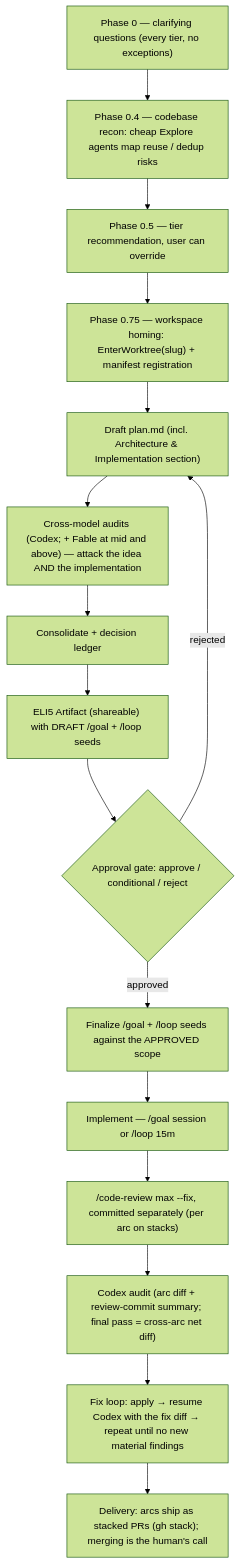
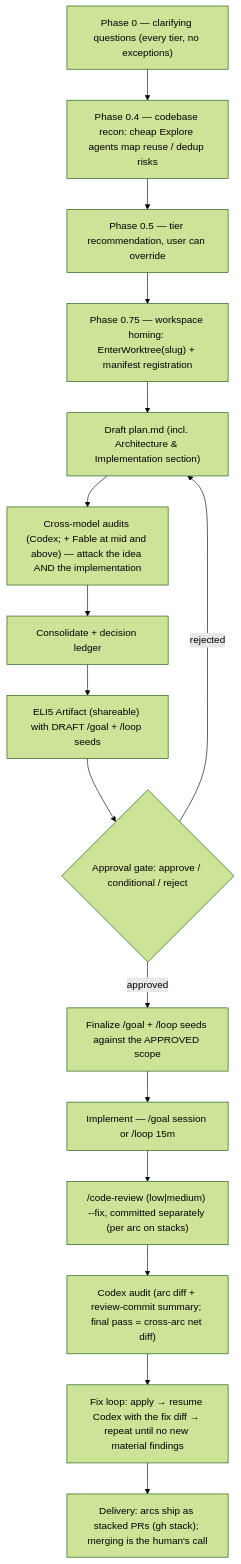
The diagram in skills/blueprint/README.md (alejoamiras/aa-skills), drawn with Mermaid (forest theme) before and after one commit. The commit also changed other lines of this file and 1 other file, not shown here.

First line of the commit message:
perf(blueprint): cost controls — recon 1-3 agents, /code-review sized to diff (never max by default)

````diff
--- a/skills/blueprint/README.md
+++ b/skills/blueprint/README.md
@@ -19,18 +19,18 @@
 ```mermaid
 flowchart TD
     Q["Phase 0 — clarifying questions (every tier, no exceptions)"] --> RC["Phase 0.4 — codebase recon: cheap Explore agents map reuse / dedup risks"]
     RC --> R["Phase 0.5 — tier recommendation, user can override"]
     R --> W["Phase 0.75 — workspace homing: EnterWorktree(slug) + manifest registration"]
     W --> D["Draft plan.md (incl. Architecture & Implementation section)"]
     D --> A["Cross-model audits (Codex; + Fable at mid and above) — attack the idea AND the implementation"]
     A --> C["Consolidate + decision ledger"]
     C --> E["ELI5 Artifact (shareable) with DRAFT /goal + /loop seeds"]
     E --> G{"Approval gate: approve / conditional / reject"}
     G -- "rejected" --> D
     G -- "approved" --> S["Finalize /goal + /loop seeds against the APPROVED scope"]
     S --> I["Implement — /goal session or /loop 15m"]
-    I --> V["/code-review max --fix, committed separately (per arc on stacks)"]
+    I --> V["/code-review (low|medium) --fix, committed separately (per arc on stacks)"]
     V --> P["Codex audit (arc diff + review-commit summary; final pass = cross-arc net diff)"]
     P --> F["Fix loop: apply → resume Codex with the fix diff → repeat until no new material findings"]
     F --> T["Delivery: arcs ship as stacked PRs (gh stack); merging is the human's call"]
 ```
````
